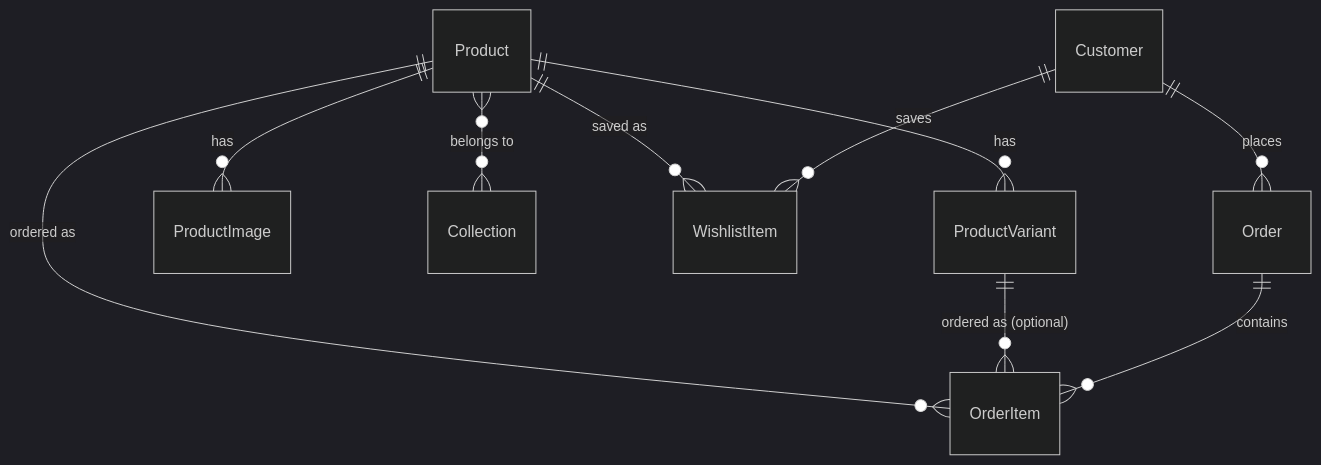
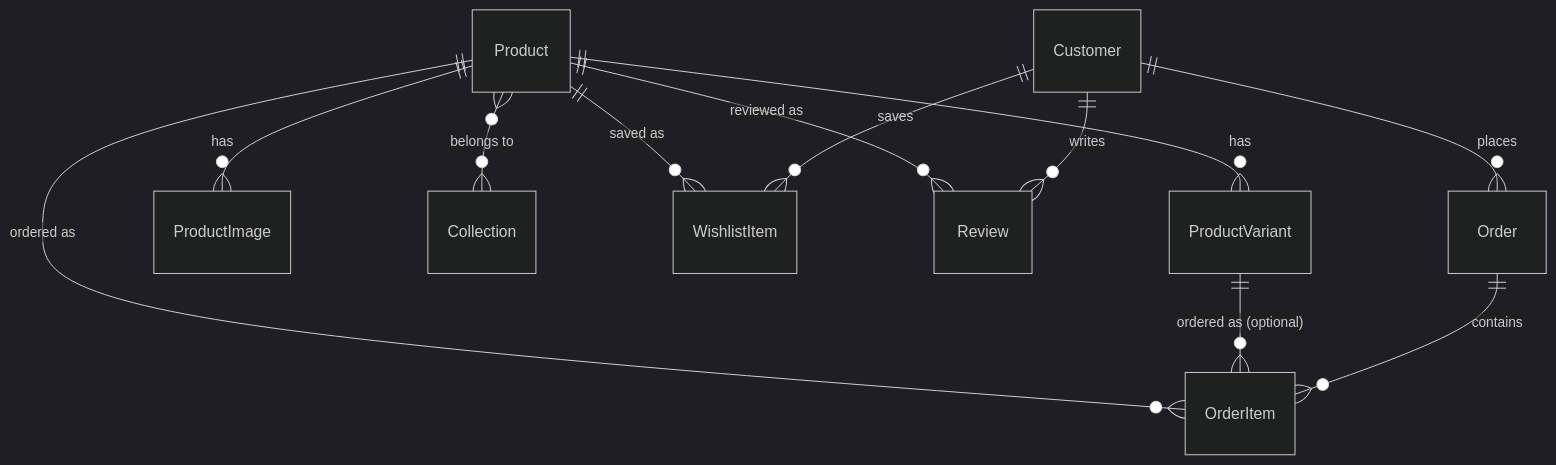
One commit to beautifulforceOrg/beautifulforce changed the fourth of 9 diagrams in docs/architecture.md. Above: the diagram before and after it, drawn with Mermaid (dark theme). The commit also changed other lines of this file and 35 other files, not shown here.

````diff
--- a/docs/architecture.md
+++ b/docs/architecture.md
@@ -135,12 +135,14 @@
 ```mermaid
 erDiagram
   Product ||--o{ ProductVariant : has
   Product ||--o{ ProductImage : has
   Product }o--o{ Collection : "belongs to"
   Product ||--o{ OrderItem : "ordered as"
   Product ||--o{ WishlistItem : "saved as"
+  Product ||--o{ Review : "reviewed as"
   ProductVariant ||--o{ OrderItem : "ordered as (optional)"
   Order ||--o{ OrderItem : contains
   Customer ||--o{ Order : places
   Customer ||--o{ WishlistItem : saves
+  Customer ||--o{ Review : writes
 ```
````
